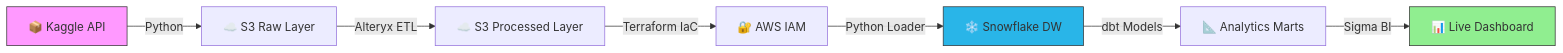
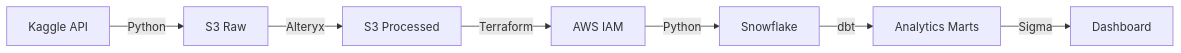
One commit to r0han01/supplyChainDataOps changed the diagram in README.md. Above: the diagram before and after it, drawn with Mermaid. The commit also changed other lines of this file, not shown here.

````diff
--- a/README.md
+++ b/README.md
@@ -32,13 +28,9 @@
 ```mermaid
 flowchart LR
-    A[📦 Kaggle API] -->|Python| B[☁️ S3 Raw Layer]
-    B -->|Alteryx ETL| C[☁️ S3 Processed Layer]
-    C -->|Terraform IaC| D[🔐 AWS IAM]
-    D -->|Python Loader| E[❄️ Snowflake DW]
-    E -->|dbt Models| F[📐 Analytics Marts]
-    F -->|Sigma BI| G[📊 Live Dashboard]
-    
-    style A fill:#f9f,stroke:#333
-    style E fill:#29b5e8,stroke:#333
-    style G fill:#90EE90,stroke:#333
+    A[Kaggle API] -->|Python| B[S3 Raw]
+    B -->|Alteryx| C[S3 Processed]
+    C -->|Terraform| D[AWS IAM]
+    D-->|Python| E[Snowflake]
+    E -->|dbt| F[Analytics Marts]
+    F -->|Sigma| G[Dashboard]
 ```
````
